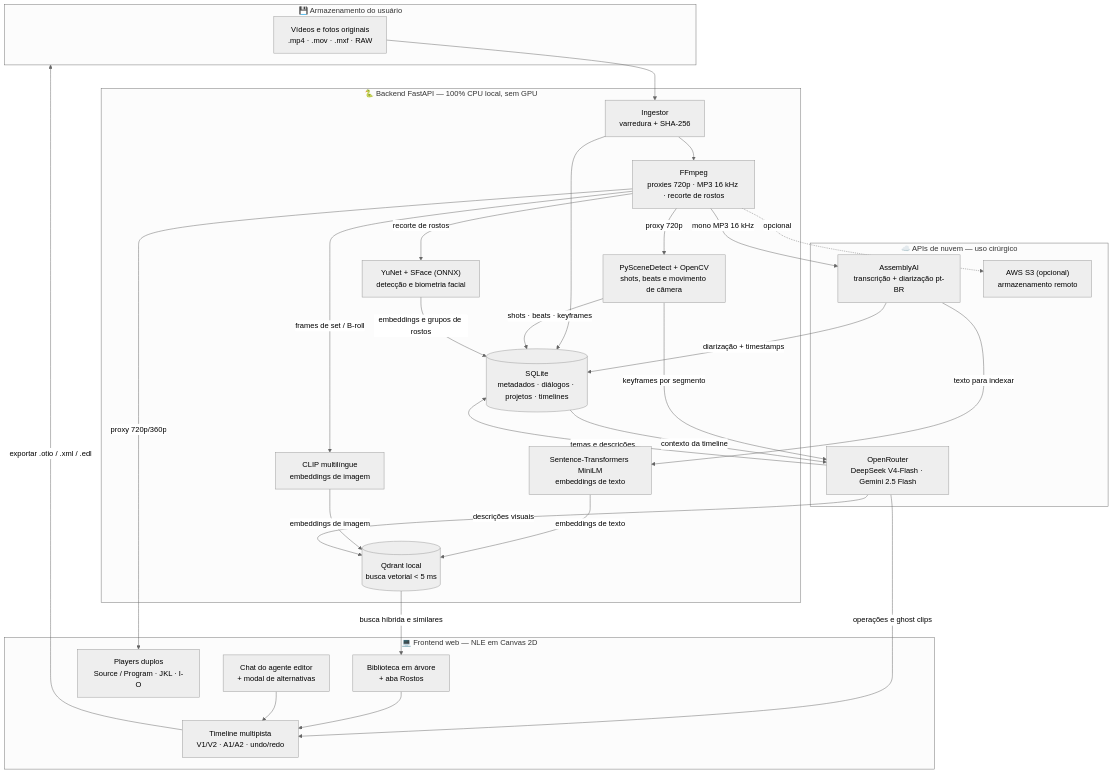
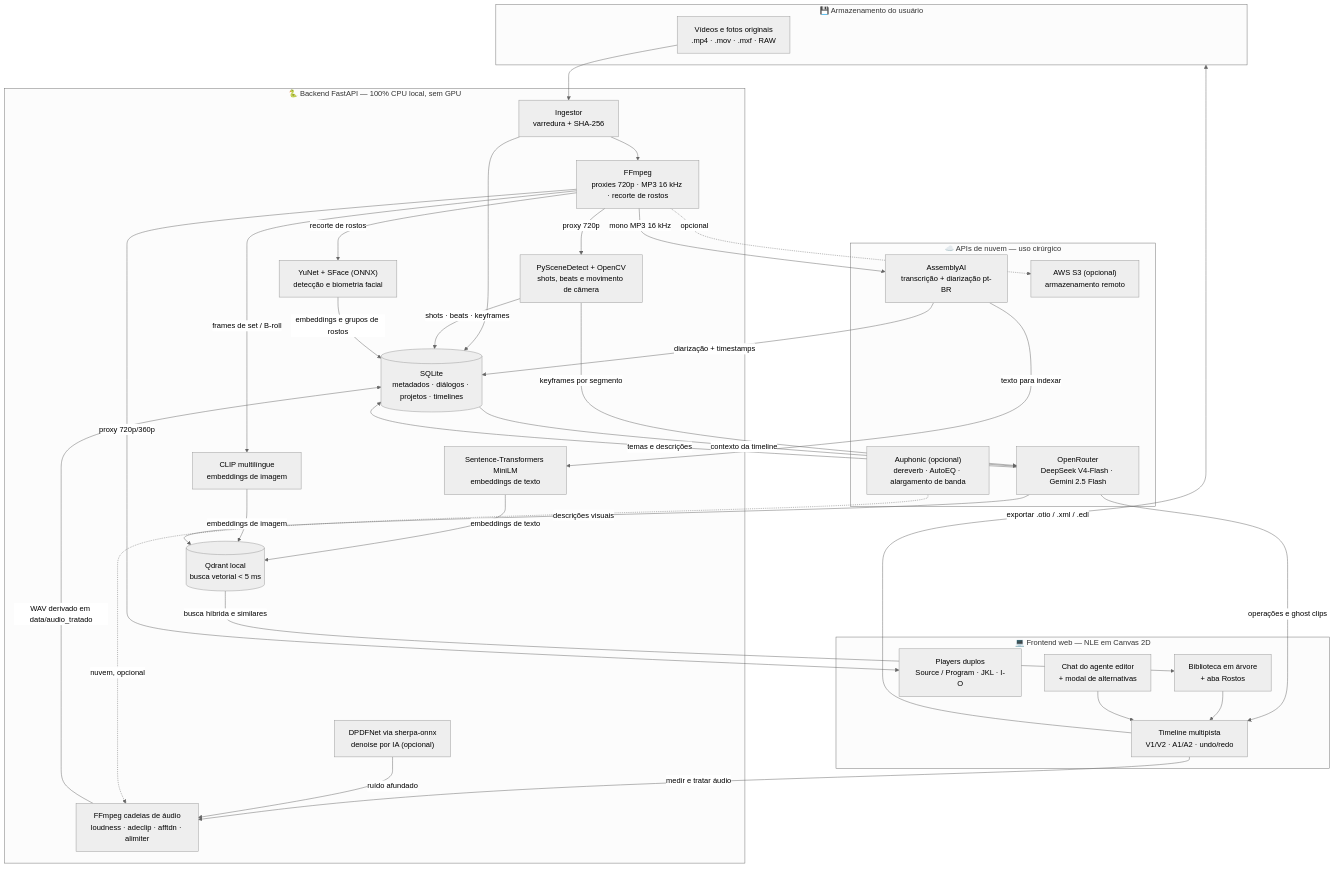
One commit to fernangcortes/capiau-talho-v03 changed the diagram in README.md. Above: the diagram before and after it, drawn with Mermaid (neutral theme). The commit also changed other lines of this file and 6 other files, not shown here.

````diff
--- a/README.md
+++ b/README.md
@@ -277,61 +321,69 @@
 ```mermaid
 graph TD
     subgraph HD["💾 Armazenamento do usuário"]
         Originals["Vídeos e fotos originais<br/>.mp4 · .mov · .mxf · RAW"]
     end
 
     subgraph Backend["🐍 Backend FastAPI — 100% CPU local, sem GPU"]
         Watcher["Ingestor<br/>varredura + SHA-256"]
         FFmpeg["FFmpeg<br/>proxies 720p · MP3 16 kHz · recorte de rostos"]
         Segmentation["PySceneDetect + OpenCV<br/>shots, beats e movimento de câmera"]
         SQLite[("SQLite<br/>metadados · diálogos · projetos · timelines")]
         MiniLM["Sentence-Transformers MiniLM<br/>embeddings de texto"]
         CLIPEngine["CLIP multilíngue<br/>embeddings de imagem"]
         FaceEngine["YuNet + SFace (ONNX)<br/>detecção e biometria facial"]
         Qdrant[("Qdrant local<br/>busca vetorial &lt; 5 ms")]
+        AudioFX["FFmpeg cadeias de áudio<br/>loudness · adeclip · afftdn · alimiter"]
+        DenoiseIA["DPDFNet via sherpa-onnx<br/>denoise por IA (opcional)"]
     end
 
     subgraph Cloud["☁️ APIs de nuvem — uso cirúrgico"]
         AssemblyAI["AssemblyAI<br/>transcrição + diarização pt-BR"]
         OpenRouter["OpenRouter<br/>DeepSeek V4-Flash · Gemini 2.5 Flash"]
         S3["AWS S3 (opcional)<br/>armazenamento remoto"]
+        Auphonic["Auphonic (opcional)<br/>dereverb · AutoEQ · alargamento de banda"]
     end
 
     subgraph Frontend["💻 Frontend web — NLE em Canvas 2D"]
         Biblioteca["Biblioteca em árvore<br/>+ aba Rostos"]
         Player["Players duplos<br/>Source / Program · JKL · I-O"]
         Timeline["Timeline multipista<br/>V1/V2 · A1/A2 · undo/redo"]
         Chat["Chat do agente editor<br/>+ modal de alternativas"]
     end
 
     Originals --> Watcher
     Watcher --> SQLite
     Watcher --> FFmpeg
 
     FFmpeg -->|proxy 720p/360p| Player
     FFmpeg -->|proxy 720p| Segmentation
     FFmpeg -->|mono MP3 16 kHz| AssemblyAI
     FFmpeg -->|frames de set / B-roll| CLIPEngine
     FFmpeg -->|recorte de rostos| FaceEngine
     FFmpeg -.->|opcional| S3
 
     AssemblyAI -->|diarização + timestamps| SQLite
     AssemblyAI -->|texto para indexar| MiniLM
     MiniLM -->|embeddings de texto| Qdrant
 
     Segmentation -->|shots · beats · keyframes| SQLite
     Segmentation -->|keyframes por segmento| OpenRouter
 
     CLIPEngine -->|embeddings de imagem| Qdrant
     FaceEngine -->|embeddings e grupos de rostos| SQLite
 
+    Timeline -->|medir e tratar áudio| AudioFX
+    DenoiseIA -->|ruído afundado| AudioFX
+    Auphonic -.->|nuvem, opcional| AudioFX
+    AudioFX -->|"WAV derivado em data/audio_tratado"| SQLite
+
     SQLite -->|contexto da timeline| OpenRouter
     OpenRouter -->|operações e ghost clips| Timeline
     OpenRouter -->|temas e descrições| SQLite
     OpenRouter -->|descrições visuais| Qdrant
 
     Qdrant -->|busca híbrida e similares| Biblioteca
     Biblioteca --> Timeline
     Chat --> Timeline
     Timeline -->|exportar .otio / .xml / .edl| HD
 ```
````
